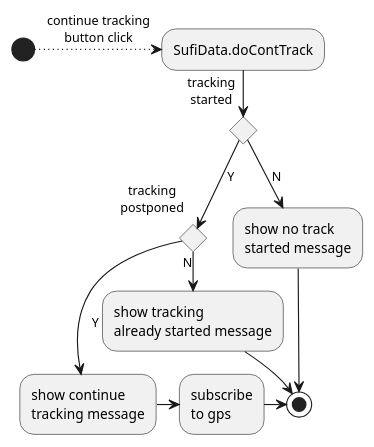
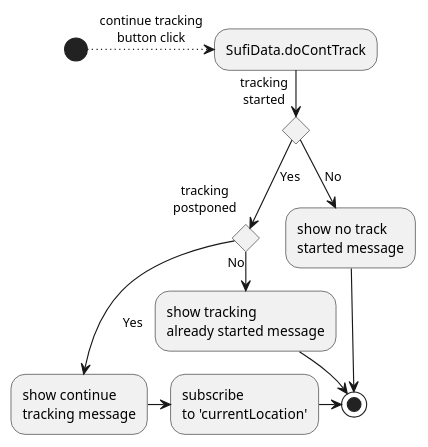
Before and after one commit to MARTIMM/Sufitrail: diagram 15 of 17 in Doc/Designer notes.md, drawn with PlantUML. The commit also changed other lines of this file, not shown here.

````diff
--- a/Doc/Designer notes.md
+++ b/Doc/Designer notes.md
@@ -215,16 +260,16 @@
 ```plantuml
 (*) .>[continue tracking\nbutton click] "SufiData.doContTrack"
 if tracking\nstarted then
-  [Y] if tracking\npostponed then
-    -->[Y] "show continue\ntracking message"
-    -> "subscribe\nto gps"
+  [Yes] if tracking\npostponed then
+    -->[Yes] "show continue\ntracking message"
+    -> "subscribe\nto 'currentLocation'"
     -> (*)
   else
-    ->[N] "show tracking\nalready started message"
+    ->[No] "show tracking\nalready started message"
   endif
   -> (*)
 else
-  -->[N] "show no track\nstarted message"
+  -->[No] "show no track\nstarted message"
   --> (*)
 endif
 ```
````
